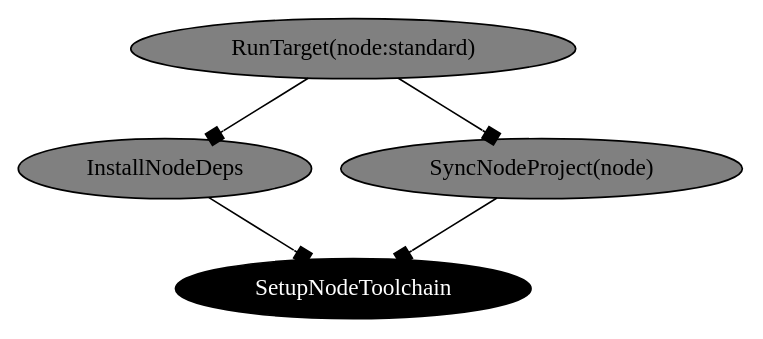
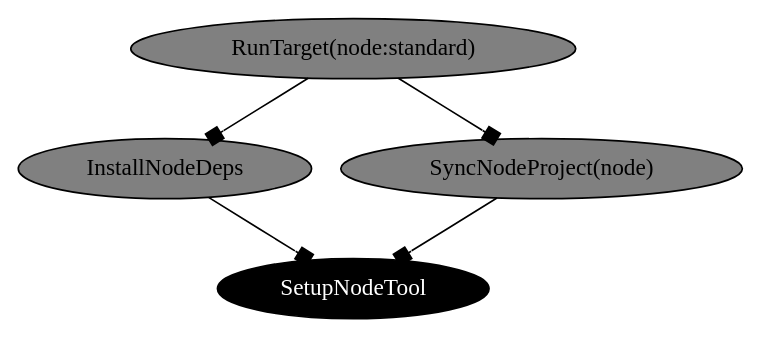
Before and after one commit to moonrepo/moon: the diagram in website/docs/commands/dep-graph.mdx, drawn with Graphviz. The commit also changed 21 other files, not shown here.

Commit message:
Rename tool node.

````diff
--- a/website/docs/commands/dep-graph.mdx
+++ b/website/docs/commands/dep-graph.mdx
@@ -32,12 +32,12 @@
 ```dot
 digraph {
-    0 [ label="SetupNodeToolchain" style=filled, shape=oval, fillcolor=black, fontcolor=white]
+    0 [ label="SetupNodeTool" style=filled, shape=oval, fillcolor=black, fontcolor=white]
     1 [ label="InstallNodeDeps" style=filled, shape=oval, fillcolor=gray, fontcolor=black]
     2 [ label="SyncNodeProject(node)" style=filled, shape=oval, fillcolor=gray, fontcolor=black]
     3 [ label="RunTarget(node:standard)" style=filled, shape=oval, fillcolor=gray, fontcolor=black]
     1 -> 0 [ arrowhead=box, arrowtail=box]
     2 -> 0 [ arrowhead=box, arrowtail=box]
     3 -> 1 [ arrowhead=box, arrowtail=box]
     3 -> 2 [ arrowhead=box, arrowtail=box]
 }
 ```
````
